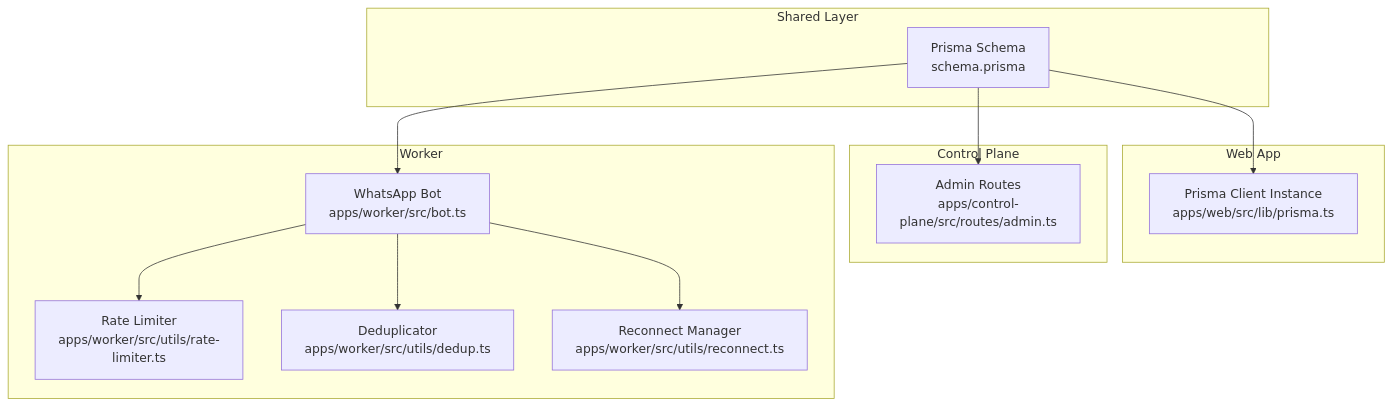
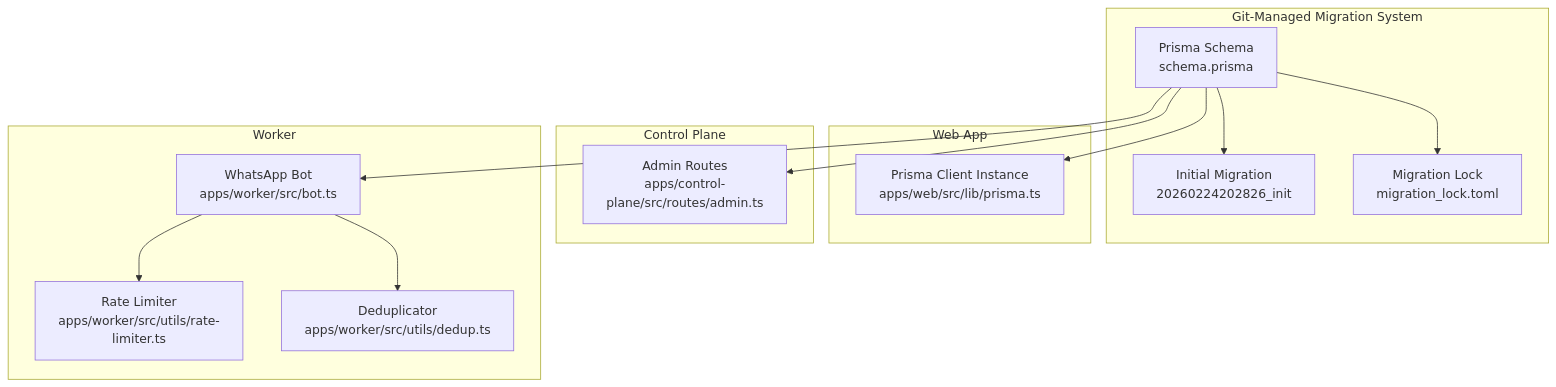
Before and after one commit to askchiwa-spec/FLOW-HQ-BOT: the second of 7 diagrams in .qoder/repowiki/en/content/Database Design/Database Design.md, drawn with Mermaid. The commit also changed other lines of this file and 38 other files, not shown here.

````diff
--- a/.qoder/repowiki/en/content/Database Design/Database Design.md
+++ b/.qoder/repowiki/en/content/Database Design/Database Design.md
@@ -38,24 +93,26 @@
 ```mermaid
 graph TB
-subgraph "Shared Layer"
+subgraph "Git-Managed Migration System"
 PRISMA["Prisma Schema<br/>schema.prisma"]
+MIG_INIT["Initial Migration<br/>20260224202826_init"]
+MIG_LOCK["Migration Lock<br/>migration_lock.toml"]
 end
 subgraph "Web App"
 WEB_LIB["Prisma Client Instance<br/>apps/web/src/lib/prisma.ts"]
 end
 subgraph "Control Plane"
 ADMIN_RT["Admin Routes<br/>apps/control-plane/src/routes/admin.ts"]
 end
 subgraph "Worker"
 BOT["WhatsApp Bot<br/>apps/worker/src/bot.ts"]
 RL["Rate Limiter<br/>apps/worker/src/utils/rate-limiter.ts"]
 DEDUP["Deduplicator<br/>apps/worker/src/utils/dedup.ts"]
-RECONN["Reconnect Manager<br/>apps/worker/src/utils/reconnect.ts"]
 end
+PRISMA --> MIG_INIT
+PRISMA --> MIG_LOCK
 PRISMA --> WEB_LIB
 PRISMA --> ADMIN_RT
 PRISMA --> BOT
 BOT --> RL
 BOT --> DEDUP
-BOT --> RECONN
 ```
````
